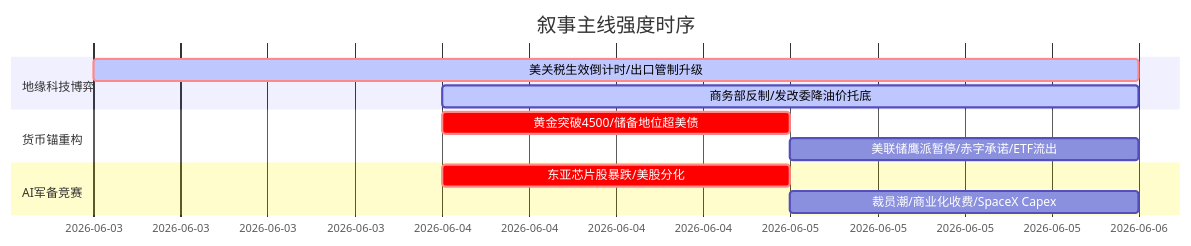
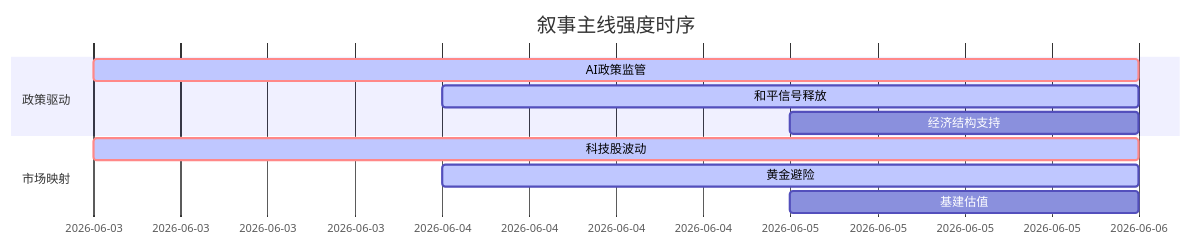
Before and after one commit to uu5zn/uu5zn.github.io: the diagram in 5day_report.md, drawn with Mermaid. The commit also changed other lines of this file and 19 other files, not shown here.

````diff
--- a/5day_report.md
+++ b/5day_report.md
@@ -56,16 +64,14 @@
 ```mermaid
 gantt
     title 叙事主线强度时序
     dateFormat  YYYY-MM-DD
-    section 地缘科技博弈
-    美关税生效倒计时/出口管制升级    :crit, active, 2026-06-03, 3d
-    商务部反制/发改委降油价托底       :active, 2026-06-04, 2d
+    section 政策驱动
+    AI政策监管   :crit, active, 2026-06-03, 3d
+    和平信号释放   :active, 2026-06-04, 2d
+    经济结构支持   :2026-06-05, 1d
     
-    section 货币锚重构
-    黄金突破4500/储备地位超美债       :crit, 2026-06-04, 1d
-    美联储鹰派暂停/赤字承诺/ETF流出   :2026-06-05, 1d
-    
-    section AI军备竞赛
-    东亚芯片股暴跌/美股分化           :crit, 2026-06-04, 1d
-    裁员潮/商业化收费/SpaceX Capex     :2026-06-05, 1d
+    section 市场映射
+    科技股波动   :crit, active, 2026-06-03, 3d
+    黄金避险   :active, 2026-06-04, 2d
+    基建估值   :2026-06-05, 1d
 ```
````
